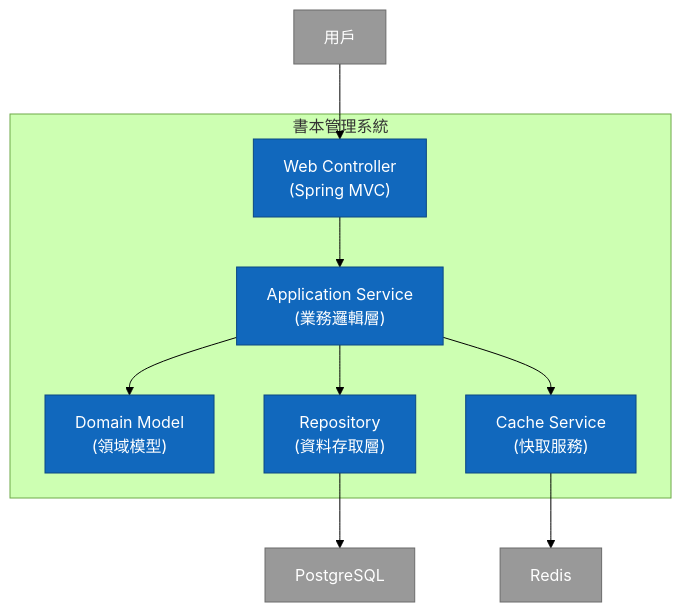
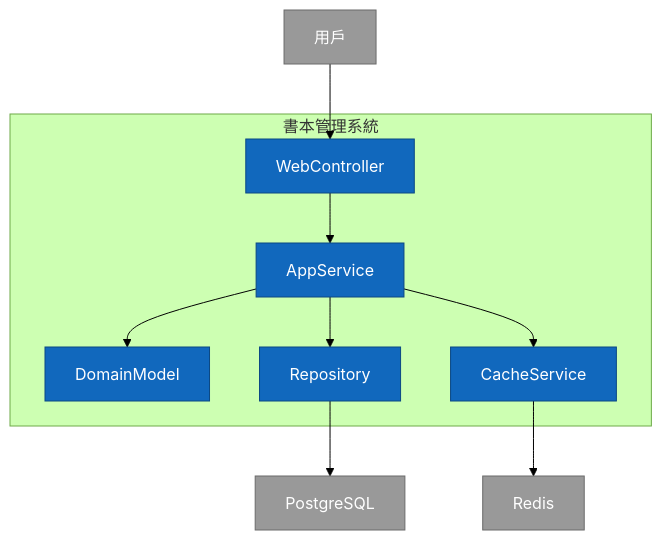
The first of 4 diagrams in README.md (samzhu/demo-springboot-250613), drawn with Mermaid (forest theme) before and after one commit. The commit also changed other lines of this file, not shown here.

Commit message:
擴充 README.md 文件，更新專案簡介與目標，強調開發者手冊的目的及內容，並新增軟體分層架構的視覺化圖示，詳細說明專案的技術棧與關鍵套件，提升可讀性與實用性。

````diff
--- a/README.md
+++ b/README.md
@@ -51,24 +14,24 @@
 ```mermaid
 graph TB
     subgraph "書本管理系統"
-        WebController["Web Controller<br/>(Spring MVC)"]
-        AppService["Application Service<br/>(業務邏輯層)"]
-        DomainModel["Domain Model<br/>(領域模型)"]
-        Repository["Repository<br/>(資料存取層)"]
-        CacheService["Cache Service<br/>(快取服務)"]
+        WebController
+        AppService
+        DomainModel
+        Repository
+        CacheService
     end
-    
+
     User["用戶"] --> WebController
     WebController --> AppService
     AppService --> DomainModel
     AppService --> Repository
     AppService --> CacheService
-    Repository --> PostgreSQL["PostgreSQL"]
-    CacheService --> Redis["Redis"]
-    
+    Repository --> PostgreSQL
+    CacheService --> Redis
+
     classDef container fill:#1168bd,stroke:#0b4884,color:#ffffff
     classDef external fill:#999999,stroke:#6b6b6b,color:#ffffff
-    
+
     class WebController,AppService,DomainModel,Repository,CacheService container
     class User,PostgreSQL,Redis external
 ```
````
